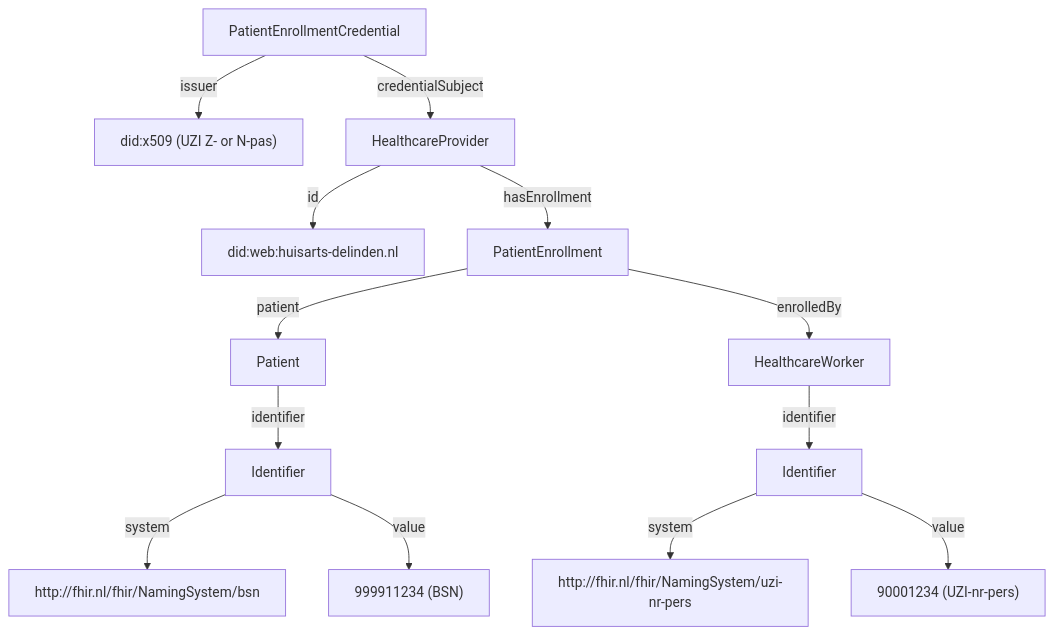
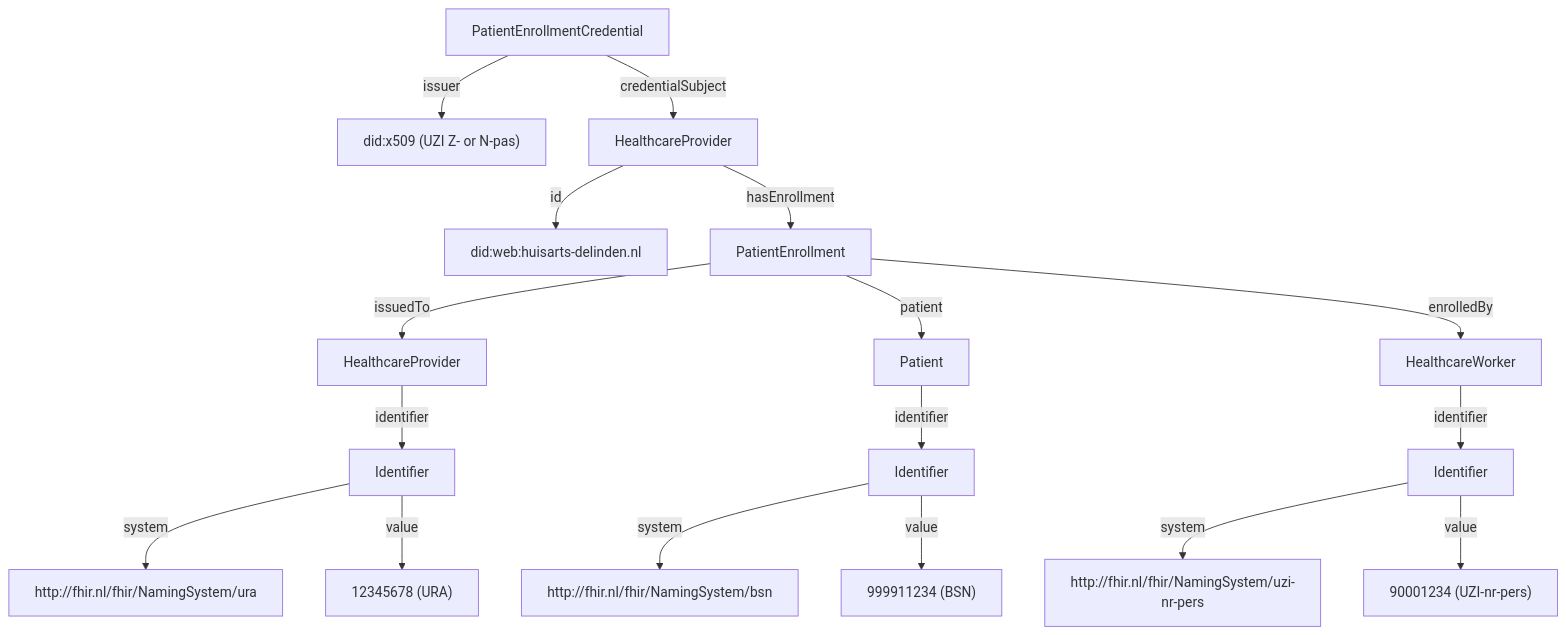
Before and after one commit to nuts-foundation/nl-generic-functions-ig: the diagram in input/pagecontent/credential-PatientEnrollmentCredential.md, drawn with Mermaid. The commit also changed other lines of this file, not shown here.

````diff
--- a/input/pagecontent/credential-PatientEnrollmentCredential.md
+++ b/input/pagecontent/credential-PatientEnrollmentCredential.md
@@ -113,16 +149,20 @@
 ```mermaid
 graph TD
     VC[PatientEnrollmentCredential]
     VC -->|issuer| ISSUER["did:x509 (UZI Z- or N-pas)"]
     VC -->|credentialSubject| HP["HealthcareProvider"]
     HP -->|id| HPID["did:web:huisarts-delinden.nl"]
     HP -->|hasEnrollment| PE["PatientEnrollment"]
+    PE -->|issuedTo| ITO["HealthcareProvider"]
+    ITO -->|identifier| ITOID["Identifier"]
+    ITOID -->|system| ITOSYS["http://fhir.nl/fhir/NamingSystem/ura"]
+    ITOID -->|value| ITOVAL["12345678 (URA)"]
     PE -->|patient| PAT["Patient"]
     PAT -->|identifier| PATID["Identifier"]
     PATID -->|system| PATSYS["http://fhir.nl/fhir/NamingSystem/bsn"]
     PATID -->|value| PATVAL["999911234 (BSN)"]
     PE -->|enrolledBy| HW["HealthcareWorker"]
     HW -->|identifier| HWID["Identifier"]
     HWID -->|system| HWSYS["http://fhir.nl/fhir/NamingSystem/uzi-nr-pers"]
     HWID -->|value| HWVAL["90001234 (UZI-nr-pers)"]
 ```
````
